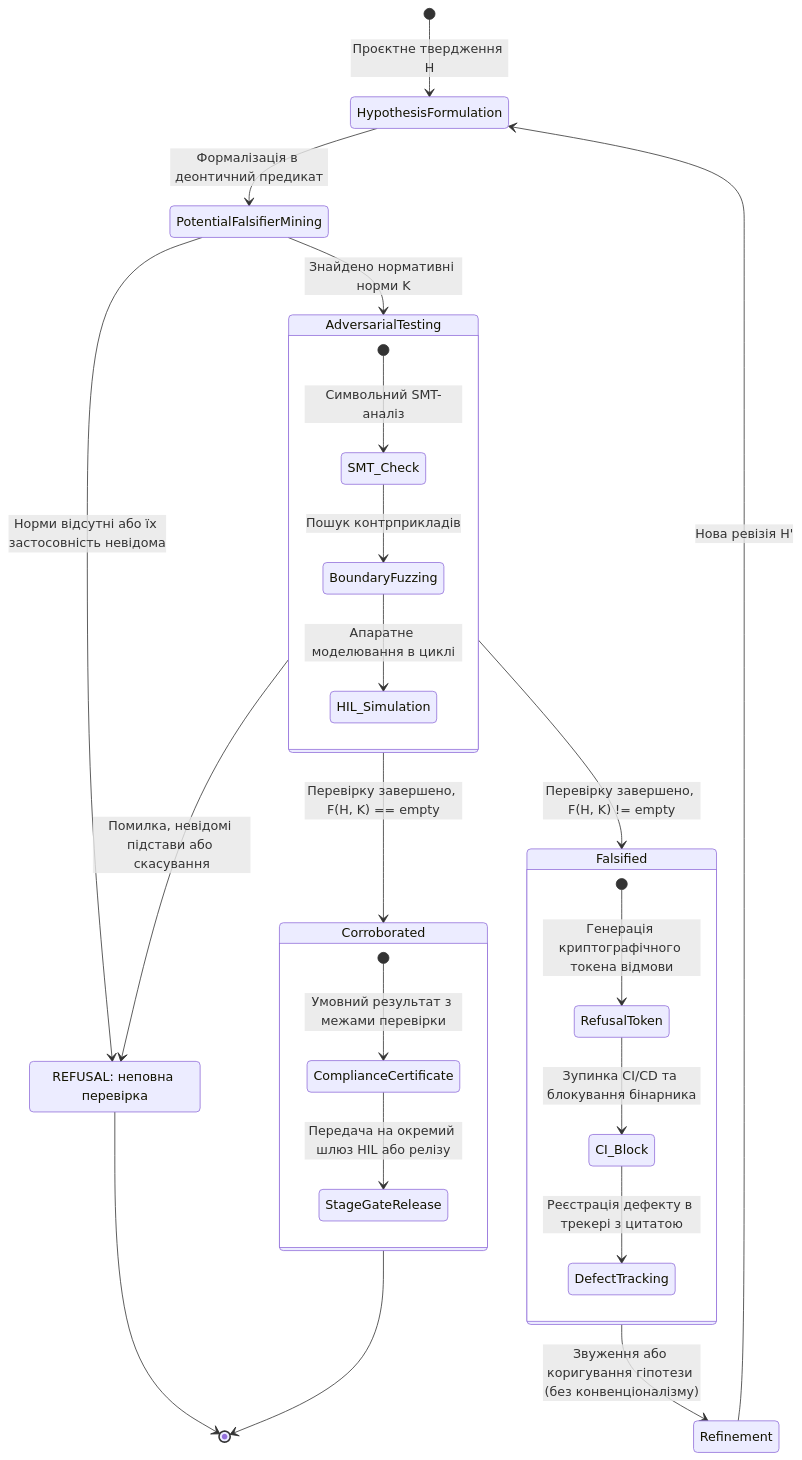
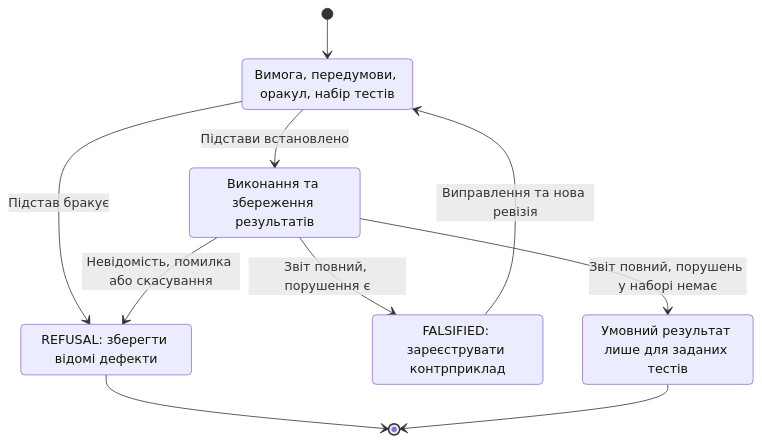
One commit to nick-fedchik/articles changed the second of 7 diagrams in ExpertSystem/ch39-active-compliance-auditor-and-popperian-testing.md. Above: the diagram before and after it, drawn with Mermaid. The commit also changed other lines of this file and 7 other files, not shown here.

````diff
--- a/ExpertSystem/ch39-active-compliance-auditor-and-popperian-testing.md
+++ b/ExpertSystem/ch39-active-compliance-auditor-and-popperian-testing.md
@@ -222,37 +219,19 @@
 ```mermaid
 stateDiagram-v2
-    accTitle: Скінченний автомат неперервної попперівської фальсифікації інженерних гіпотез
-    accDescr: Життєвий цикл перевірки проектних рішень від висування гіпотези через змагальне спростування до доказового підтвердження або відмови.
-
-    [*] --> HypothesisFormulation: Проєктне твердження H
-    HypothesisFormulation --> PotentialFalsifierMining: Формалізація в деонтичний предикат
-    PotentialFalsifierMining --> AdversarialTesting: Знайдено нормативні норми K
-    PotentialFalsifierMining --> Incomplete: Норми відсутні або їх застосовність невідома
-    
-    state AdversarialTesting {
-        [*] --> SMT_Check: Символьний SMT-аналіз
-        SMT_Check --> BoundaryFuzzing: Пошук контрприкладів
-        BoundaryFuzzing --> HIL_Simulation: Апаратне моделювання в циклі
-    }
-
-    AdversarialTesting --> Falsified: Перевірку завершено, F(H, K) != empty
-    AdversarialTesting --> Corroborated: Перевірку завершено, F(H, K) == empty
-    AdversarialTesting --> Incomplete: Помилка, невідомі підстави або скасування
-    state "REFUSAL: неповна перевірка" as Incomplete
-    Incomplete --> [*]
-
-    state Falsified {
-        [*] --> RefusalToken: Генерація криптографічного токена відмови
-        RefusalToken --> CI_Block: Зупинка CI/CD та блокування бінарника
-        CI_Block --> DefectTracking: Реєстрація дефекту в трекері з цитатою
-    }
-
-    state Corroborated {
-        [*] --> ComplianceCertificate: Умовний результат з межами перевірки
-        ComplianceCertificate --> StageGateRelease: Передача на окремий шлюз HIL або релізу
-    }
-
-    Falsified --> Refinement: Звуження або коригування гіпотези (без конвенціоналізму)
-    Refinement --> HypothesisFormulation: Нова ревізія H'
-    Corroborated --> [*]
+	accTitle: Статуси обмеженого пошуку контрприкладів
+	accDescr: Неповнота дає відмову зі збереженими дефектами, завершені тести без порушень дають лише умовний результат.
+	[*] --> Formulate
+	state "Вимога, передумови, оракул, набір тестів" as Formulate
+	Formulate --> Testing: Підстави встановлено
+	Formulate --> Incomplete: Підстав бракує
+	state "Виконання та збереження результатів" as Testing
+	Testing --> Incomplete: Невідомість, помилка або скасування
+	Testing --> Falsified: Звіт повний, порушення є
+	Testing --> Corroborated: Звіт повний, порушень у наборі немає
+	state "REFUSAL: зберегти відомі дефекти" as Incomplete
+	state "FALSIFIED: зареєструвати контрприклад" as Falsified
+	state "Умовний результат лише для заданих тестів" as Corroborated
+	Incomplete --> [*]
+	Falsified --> Formulate: Виправлення та нова ревізія
+	Corroborated --> [*]
 ```
````
